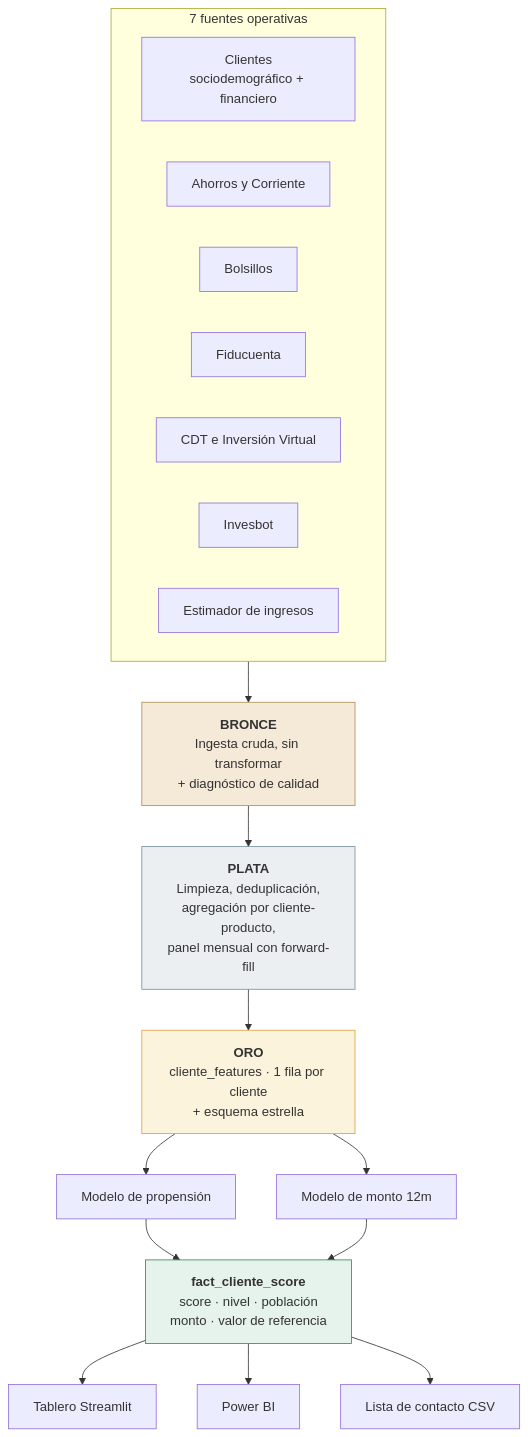
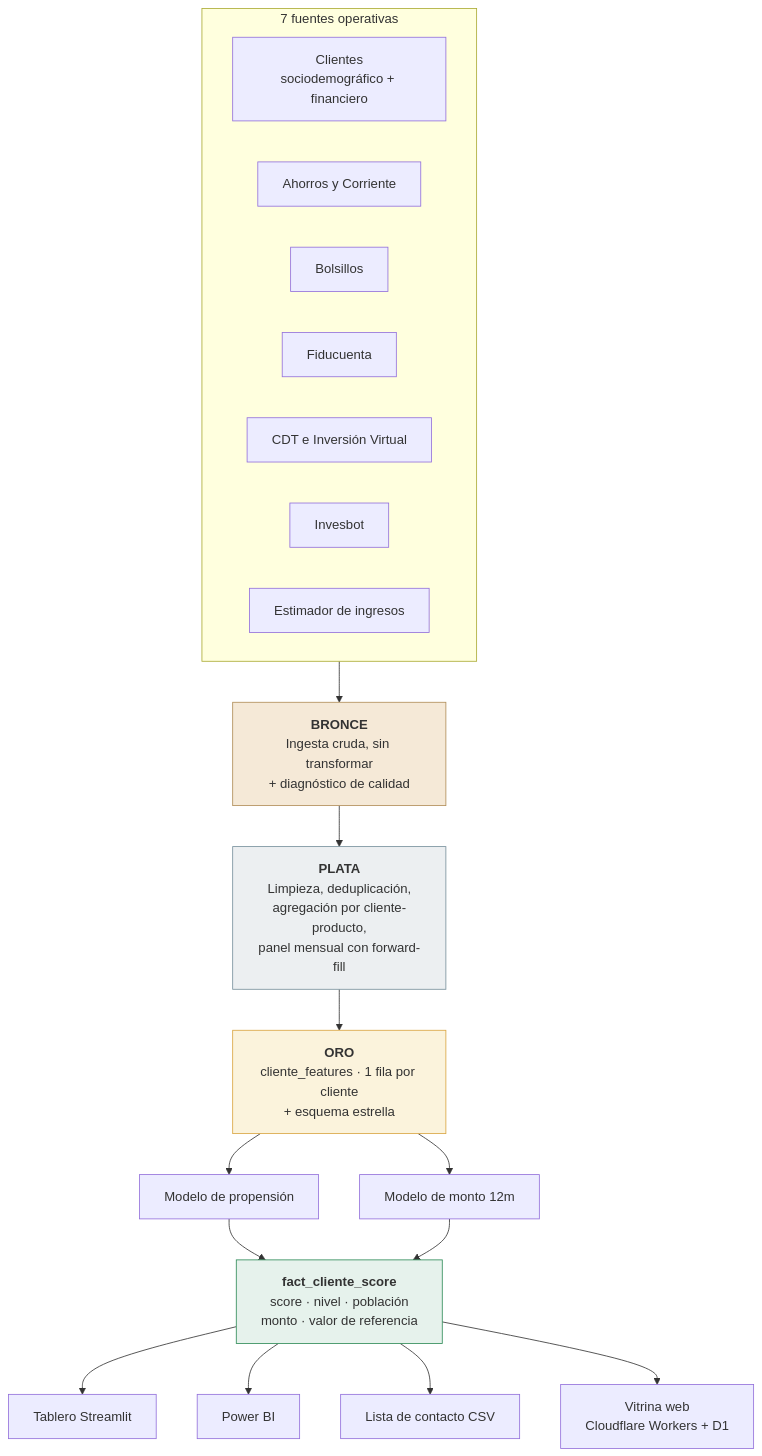
One commit to natam226/Prueba-Tecnica-CREAN changed the second of 5 diagrams in docs/modelo_conceptual.md. Above: the diagram before and after it, drawn with Mermaid. The commit also changed other lines of this file and 2 other files, not shown here.

````diff
--- a/docs/modelo_conceptual.md
+++ b/docs/modelo_conceptual.md
@@ -76,30 +97,31 @@
 ```mermaid
 flowchart TD
     subgraph FUENTES["7 fuentes operativas"]
         F1["Clientes<br/>sociodemográfico + financiero"]
         F2["Ahorros y Corriente"]
         F3["Bolsillos"]
         F4["Fiducuenta"]
         F5["CDT e Inversión Virtual"]
         F6["Invesbot"]
         F7["Estimador de ingresos"]
     end
 
     FUENTES --> BR["<b>BRONCE</b><br/>Ingesta cruda, sin transformar<br/>+ diagnóstico de calidad"]
     BR --> PL["<b>PLATA</b><br/>Limpieza, deduplicación,<br/>agregación por cliente-producto,<br/>panel mensual con forward-fill"]
     PL --> OR["<b>ORO</b><br/>cliente_features · 1 fila por cliente<br/>+ esquema estrella"]
 
     OR --> M1["Modelo de propensión"]
     OR --> M2["Modelo de monto 12m"]
     M1 --> SC["<b>fact_cliente_score</b><br/>score · nivel · población<br/>monto · valor de referencia"]
     M2 --> SC
 
     SC --> C1["Tablero Streamlit"]
     SC --> C2["Power BI"]
     SC --> C3["Lista de contacto CSV"]
+    SC --> C4["Vitrina web<br/>Cloudflare Workers + D1"]
 
     style BR fill:#F5E9D7,stroke:#B08D57
     style PL fill:#ECEFF1,stroke:#78909C
     style OR fill:#FBF3DC,stroke:#D9A441
     style SC fill:#E6F2EC,stroke:#2E8B57
 ```
````
